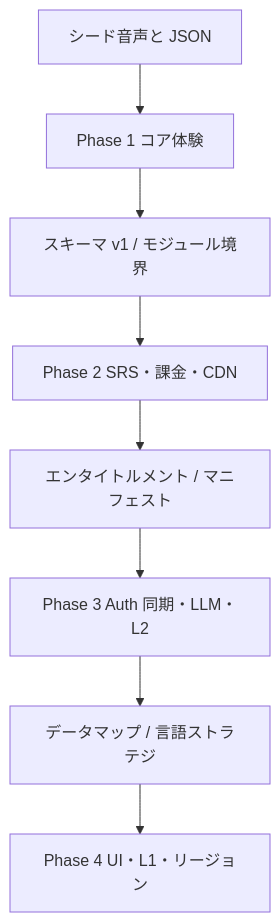
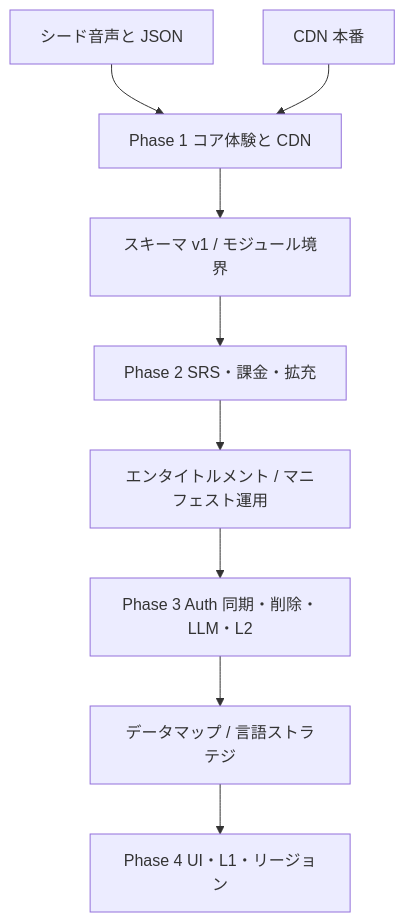
Before and after one commit to Kyogo73/SnapSpeak: the second of 2 diagrams in docs/roadmap.md, drawn with Mermaid. The commit also changed other lines of this file and 3 other files, not shown here.

Commit message:
Apply review feedback: audio routing policy, on-device ASR requirement, phase alignment, privacy/App Store requirements, SRS sync via append-only events

````diff
--- a/docs/roadmap.md
+++ b/docs/roadmap.md
@@ -290,10 +336,11 @@
 ```mermaid
 flowchart TB
-  Seed[シード音声と JSON] --> P1[Phase 1 コア体験]
-  P1 --> Schema[スキーマ v1 / モジュール境界]
-  Schema --> P2[Phase 2 SRS・課金・CDN]
-  P2 --> Ent[エンタイトルメント / マニフェスト]
-  Ent --> P3[Phase 3 Auth 同期・LLM・L2]
-  P3 --> DataMap[データマップ / 言語ストラテジ]
-  DataMap --> P4[Phase 4 UI・L1・リージョン]
+  Seed["シード音声と JSON"] --> P1["Phase 1 コア体験と CDN"]
+  CDN["CDN 本番"] --> P1
+  P1 --> Schema["スキーマ v1 / モジュール境界"]
+  Schema --> P2["Phase 2 SRS・課金・拡充"]
+  P2 --> Ent["エンタイトルメント / マニフェスト運用"]
+  Ent --> P3["Phase 3 Auth 同期・削除・LLM・L2"]
+  P3 --> DataMap["データマップ / 言語ストラテジ"]
+  DataMap --> P4["Phase 4 UI・L1・リージョン"]
 ```
````
